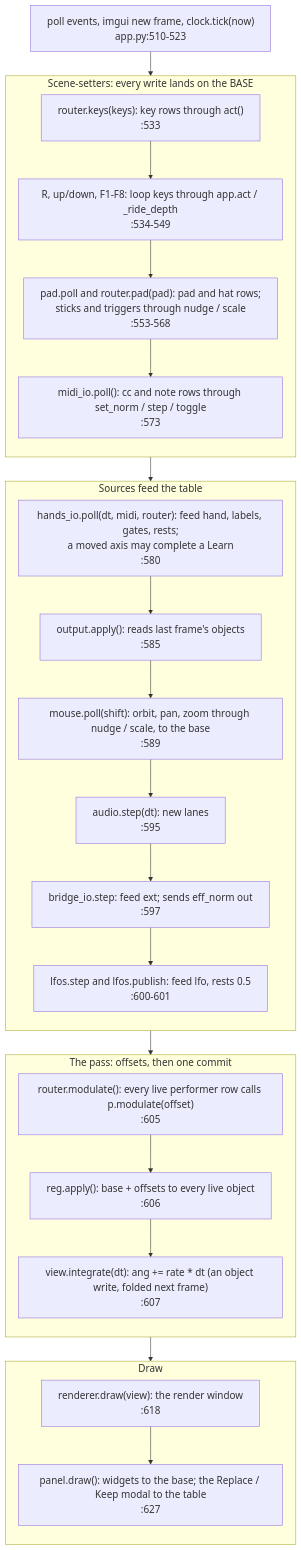
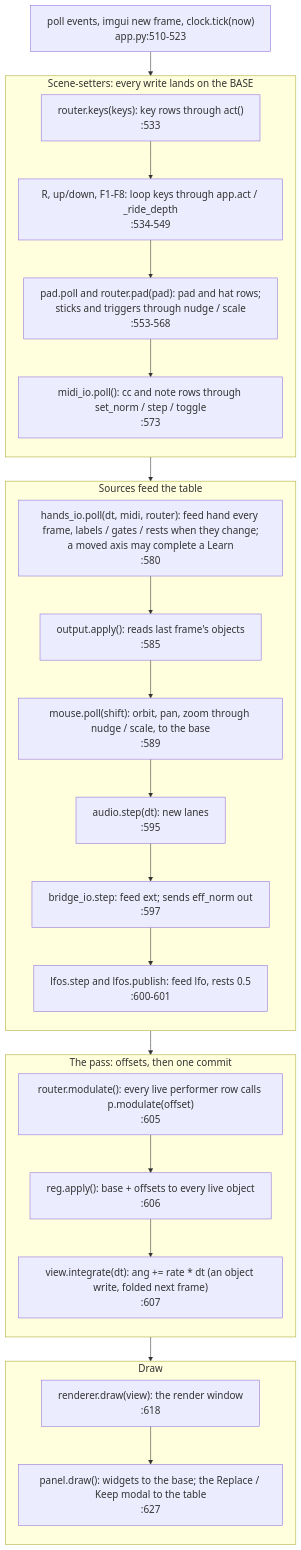
The diagram in hyperspace-python/docs/ARCHITECTURE.md (Cutaiar/hyperspace), drawn with Mermaid before and after one commit. The commit also changed other lines of this file and 3 other files, not shown here.

First line of the commit message:
Plan 11 WP9: docs — hands row, frame node, untested list, plan 08 rig line, audit N1–N5

````diff
--- a/hyperspace-python/docs/ARCHITECTURE.md
+++ b/hyperspace-python/docs/ARCHITECTURE.md
@@ -63,40 +63,40 @@
 ```mermaid
 %%{init: {"themeVariables": {"fontSize": "18px"}, "flowchart": {"nodeSpacing": 28, "rankSpacing": 44, "wrappingWidth": 420}}}%%
 flowchart TB
     S0["poll events, imgui new frame, clock.tick(now)<br/>app.py:510-523"]
     subgraph setters ["Scene-setters: every write lands on the BASE"]
         direction TB
         S1["router.keys(keys): key rows through act()<br/>:533"]
         S2["R, up/down, F1-F8: loop keys through app.act / _ride_depth<br/>:534-549"]
         S3["pad.poll and router.pad(pad): pad and hat rows;<br/>sticks and triggers through nudge / scale<br/>:553-568"]
         S4["midi_io.poll(): cc and note rows through set_norm / step / toggle<br/>:573"]
         S1 --> S2 --> S3 --> S4
     end
     subgraph feeds ["Sources feed the table"]
         direction TB
-        S5["hands_io.poll(dt, midi, router): feed hand, labels, gates, rests;<br/>a moved axis may complete a Learn<br/>:580"]
+        S5["hands_io.poll(dt, midi, router): feed hand every frame, labels / gates / rests when they change;<br/>a moved axis may complete a Learn<br/>:580"]
         S6["output.apply(): reads last frame's objects<br/>:585"]
         S7["mouse.poll(shift): orbit, pan, zoom through nudge / scale, to the base<br/>:589"]
         S8["audio.step(dt): new lanes<br/>:595"]
         S9["bridge_io.step: feed ext; sends eff_norm out<br/>:597"]
         S10["lfos.step and lfos.publish: feed lfo, rests 0.5<br/>:600-601"]
         S5 --> S6 --> S7 --> S8 --> S9 --> S10
     end
     subgraph pass ["The pass: offsets, then one commit"]
         direction TB
         S11["router.modulate(): every live performer row calls p.modulate(offset)<br/>:605"]
         S12["reg.apply(): base + offsets to every live object<br/>:606"]
         S13["view.integrate(dt): ang += rate * dt (an object write, folded next frame)<br/>:607"]
         S11 --> S12 --> S13
     end
     subgraph draw ["Draw"]
         direction TB
         S14["renderer.draw(view): the render window<br/>:618"]
         S15["panel.draw(): widgets to the base; the Replace / Keep modal to the table<br/>:627"]
         S14 --> S15
     end
     S0 --> S1
     S4 --> S5
     S10 --> S11
     S13 --> S14
 ```
````
